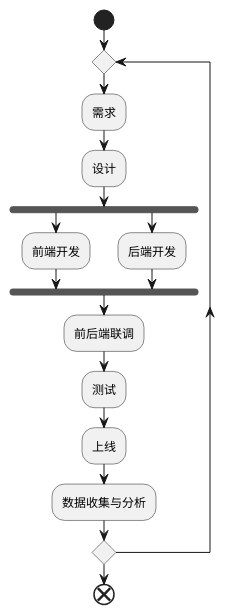
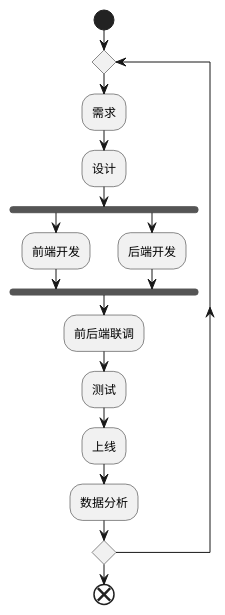
The diagram in product-to-online.wsd (109km/fe-lessons), drawn with PlantUML before and after one commit. The commit also changed 1 other file, not shown here.

```diff
--- a/product-to-online.wsd
+++ b/product-to-online.wsd
@@ -1,17 +1,17 @@
 @startuml
 start
 repeat
   :需求;
   :设计;
   fork
   :前端开发;
   fork again
   :后端开发;
   end fork
   :前后端联调;
   :测试;
   :上线;
-  :数据收集与分析;
+  :数据分析;
 repeat while
 end
 @enduml
```
